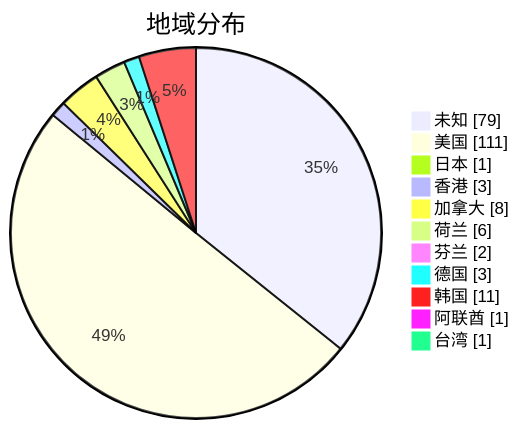
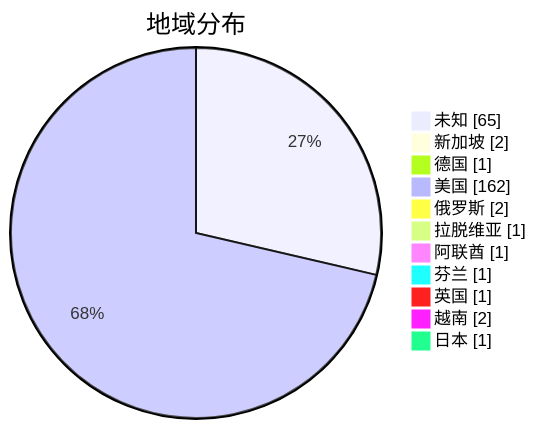
One commit to sinspired/airport changed the second of 3 diagrams in subs/statistics/tested_within.md. Above: the diagram before and after it, drawn with Mermaid. The commit also changed other lines of this file and 2 other files, not shown here.

````diff
--- a/subs/statistics/tested_within.md
+++ b/subs/statistics/tested_within.md
@@ -16,15 +16,15 @@
 ```mermaid
 pie showData
 title 地域分布
-"未知" : 79
-"美国" : 111
+"未知" : 65
+"新加坡" : 2
+"德国" : 1
+"美国" : 162
+"俄罗斯" : 2
+"拉脱维亚" : 1
+"阿联酋" : 1
+"芬兰" : 1
+"英国" : 1
+"越南" : 2
 "日本" : 1
-"香港" : 3
-"加拿大" : 8
-"荷兰" : 6
-"芬兰" : 2
-"德国" : 3
-"韩国" : 11
-"阿联酋" : 1
-"台湾" : 1
 ```
````
